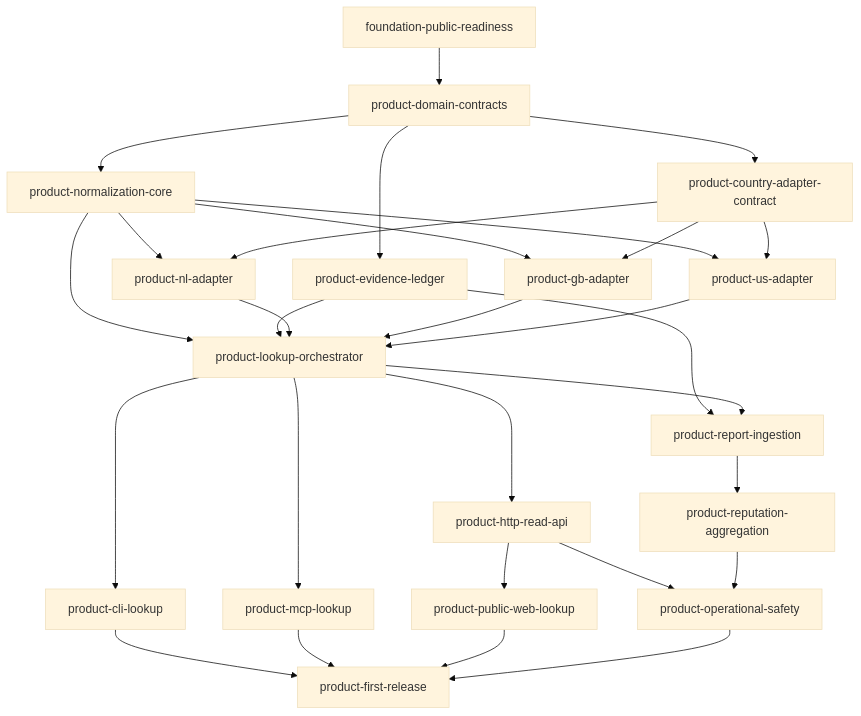
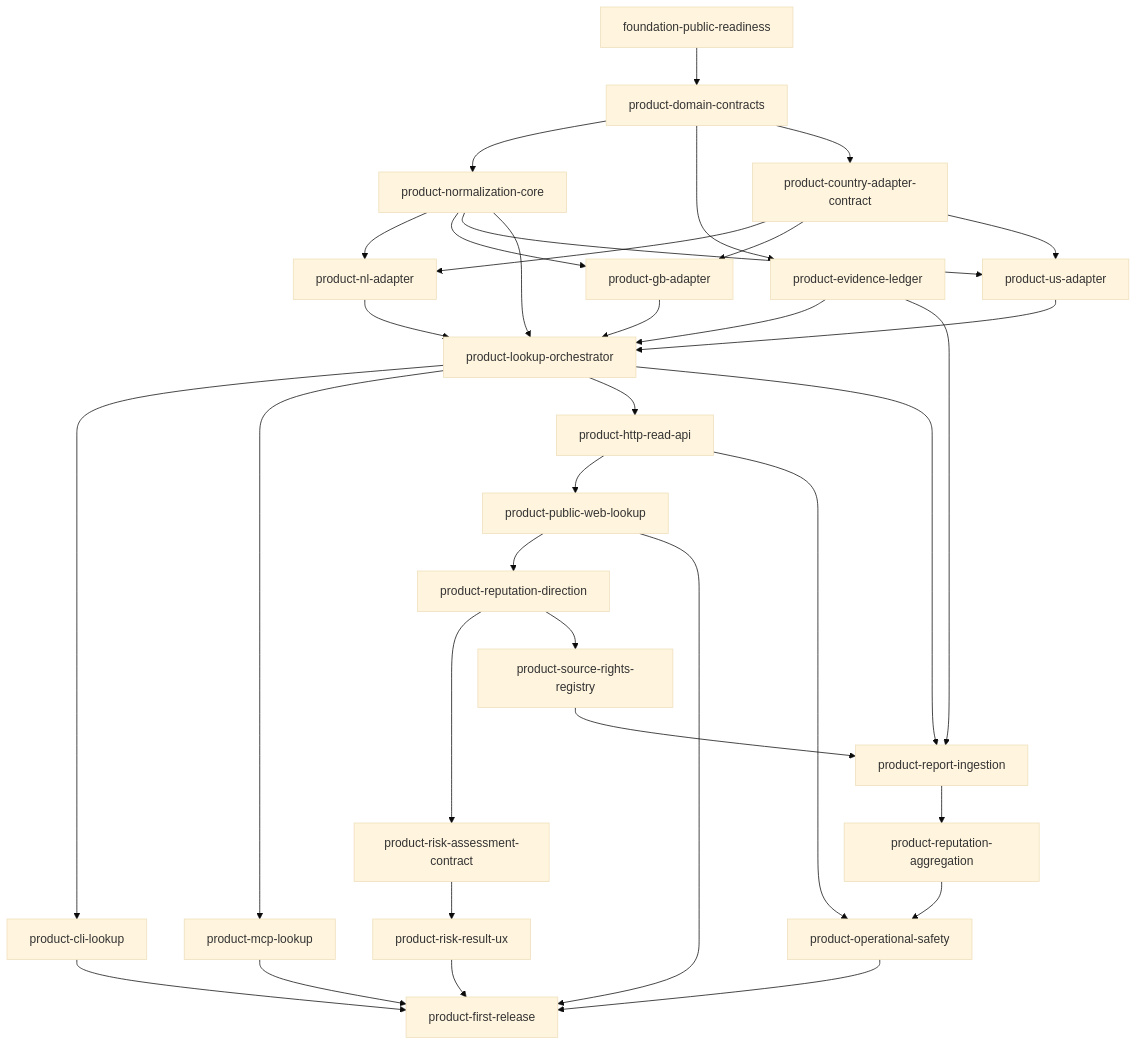
One commit to viggomeesters/callersignal changed the diagram in docs/implementation-plan.md. Above: the diagram before and after it, drawn with Mermaid (base theme). The commit also changed other lines of this file and 18 other files, not shown here.

````diff
--- a/docs/implementation-plan.md
+++ b/docs/implementation-plan.md
@@ -155,31 +189,37 @@
 ```mermaid
 flowchart TD
     F[foundation-public-readiness] --> D[product-domain-contracts]
     D --> N[product-normalization-core]
     D --> E[product-evidence-ledger]
     D --> C[product-country-adapter-contract]
     N --> NL[product-nl-adapter]
     C --> NL
     N --> GB[product-gb-adapter]
     C --> GB
     N --> US[product-us-adapter]
     C --> US
     N --> O[product-lookup-orchestrator]
     E --> O
     NL --> O
     GB --> O
     US --> O
     O --> CLI[product-cli-lookup]
     O --> MCP[product-mcp-lookup]
     O --> HTTP[product-http-read-api]
     HTTP --> WEB[product-public-web-lookup]
+    WEB --> DIR[product-reputation-direction]
+    DIR --> RISK[product-risk-assessment-contract]
+    RISK --> RUX[product-risk-result-ux]
+    DIR --> SR[product-source-rights-registry]
     E --> R[product-report-ingestion]
     O --> R
+    SR --> R
     R --> A[product-reputation-aggregation]
     HTTP --> OPS[product-operational-safety]
     A --> OPS
     CLI --> REL[product-first-release]
     MCP --> REL
     WEB --> REL
+    RUX --> REL
     OPS --> REL
 ```
````
